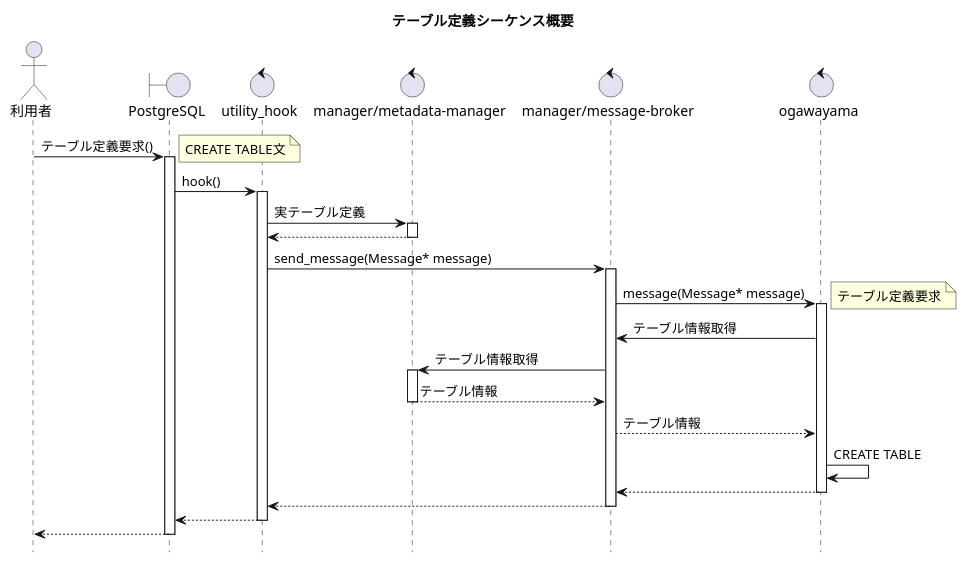
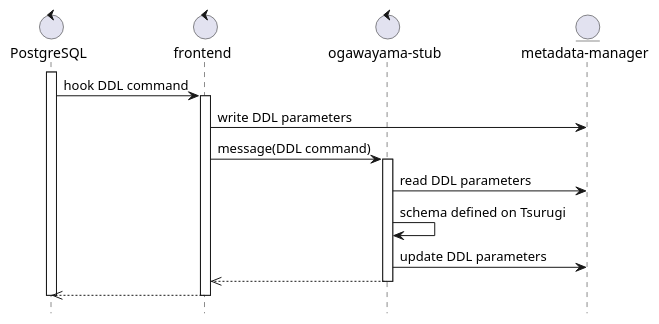
The diagram in docs/design/img/CREATE_TABLE_overview.pu (project-tsurugi/tsurugi_fdw), drawn with PlantUML before and after one commit. The commit also changed other lines of this file and 1 other file, not shown here.

Commit message:
Fix CREATE TABLE sequence overview

```diff
--- a/docs/design/img/CREATE_TABLE_overview.pu
+++ b/docs/design/img/CREATE_TABLE_overview.pu
@@ -1,54 +4,23 @@
-@startuml
-title テーブル定義シーケンス概要
+@startuml テーブル定義シーケンス概要
 hide footbox
 
-actor 利用者
-boundary PostgreSQL
-control "utility_hook"
-control "manager/metadata-manager" as metadata_manager
-control "manager/message-broker" as message_broker
-control ogawayama
+control PostgreSQL as pg
+control frontend as frontend
+control "ogawayama-stub" as stub
+entity "metadata-manager" as metadata
 
-利用者 -> PostgreSQL : テーブル定義要求()
-activate PostgreSQL
-note right
-CREATE TABLE文
-end note
-
-PostgreSQL -> "utility_hook" : hook()
-activate "utility_hook"
-
-"utility_hook" -> metadata_manager : 実テーブル定義
-activate metadata_manager
-
-metadata_manager --> "utility_hook"
-deactivate metadata_manager
-
-"utility_hook" -> message_broker : send_message(Message* message)
-activate message_broker
-message_broker -> ogawayama : message(Message* message)
-activate ogawayama
-note right
-テーブル定義要求
-end note
-
-ogawayama -> message_broker : テーブル情報取得
-message_broker -> metadata_manager : テーブル情報取得
-activate metadata_manager
-metadata_manager --> message_broker : テーブル情報
-deactivate metadata_manager
-message_broker --> ogawayama : テーブル情報
-
-ogawayama -> ogawayama : CREATE TABLE
-ogawayama  --> message_broker
-deactivate ogawayama
-message_broker --> "utility_hook"
-deactivate message_broker
-
-"utility_hook" --> PostgreSQL
-deactivate "utility_hook"
-
-PostgreSQL --> 利用者
-deactivate PostgreSQL
-
+activate pg
+  pg -> frontend : hook DDL command
+  activate frontend
+    frontend -> metadata : write DDL parameters
+    frontend -> stub : message(DDL command)
+    activate stub
+      stub -> metadata : read DDL parameters
+      stub -> stub : schema defined on Tsurugi
+      stub -> metadata : update DDL parameters
+      frontend <<-- stub
+      deactivate stub
+    pg <<-- frontend
+  deactivate frontend
+deactivate pg
 @enduml
```
